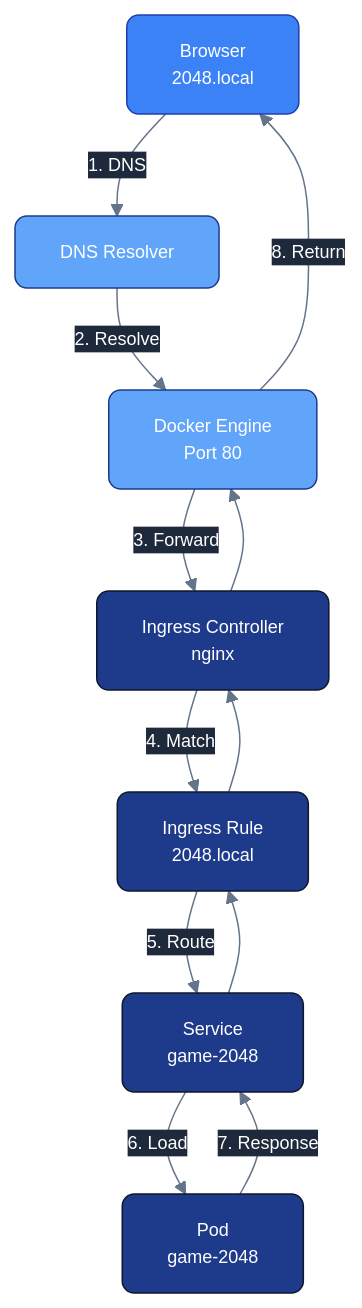
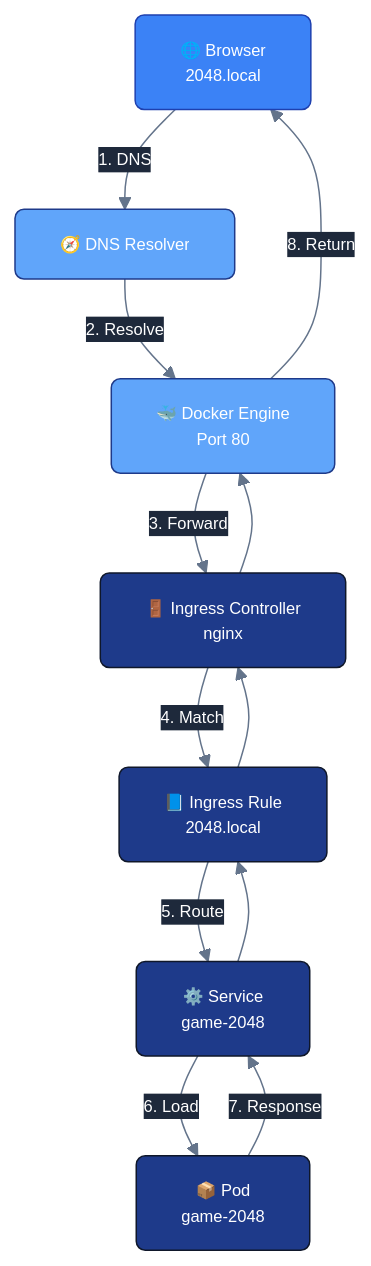
The second of 2 diagrams in README.md (kadirariklar/game-2048-for-k8s), drawn with Mermaid before and after one commit.

Commit message:
Edited mermaid diagrams.

````diff
--- a/README.md
+++ b/README.md
@@ -562,43 +562,43 @@
 ```mermaid
 %%{init: {
   "theme": "base",
   "themeVariables": {
     "primaryColor": "#2563EB",
     "primaryTextColor": "#FFFFFF",
     "primaryBorderColor": "#1E40AF",
     "clusterBkg": "#0F172A",
     "clusterBorder": "#1E293B",
     "edgeLabelBackground": "#1E293B",
     "lineColor": "#64748B",
     "fontFamily": "Inter, sans-serif",
-    "fontSize": "12px"
+    "fontSize": "11px"
   }
 }}%%
 flowchart TD
-    Browser["Browser<br/>2048.local"]:::client
-    DNS["DNS Resolver"]:::infra
-    Docker["Docker Engine<br/>Port 80"]:::infra
-    Ingress["Ingress Controller<br/>nginx"]:::k8s
-    Rule["Ingress Rule<br/>2048.local"]:::k8s
-    Service["Service<br/>game-2048"]:::k8s
-    Pod["Pod<br/>game-2048"]:::k8s
+    Browser["🌐 Browser<br/>2048.local"]:::client
+    DNS["🧭 DNS Resolver"]:::infra
+    Docker["🐳 Docker Engine<br/>Port 80"]:::infra
+    Ingress["🚪 Ingress Controller<br/>nginx"]:::k8s
+    Rule["📘 Ingress Rule<br/>2048.local"]:::k8s
+    Service["⚙️ Service<br/>game-2048"]:::k8s
+    Pod["📦 Pod<br/>game-2048"]:::k8s
 
     %% Vertical flow
     Browser -->|"1. DNS"| DNS
     DNS -->|"2. Resolve"| Docker
     Docker -->|"3. Forward"| Ingress
     Ingress -->|"4. Match"| Rule
     Rule -->|"5. Route"| Service
     Service -->|"6. Load"| Pod
     Pod -->|"7. Response"| Service
     Service --> Rule
     Rule --> Ingress
     Ingress --> Docker
     Docker -->|"8. Return"| Browser
 
     %% Style
-    classDef client fill:#3B82F6,stroke:#1E40AF,color:#FFFFFF,rx:8,ry:8,stroke-width:1px;
-    classDef infra fill:#60A5FA,stroke:#1E3A8A,color:#FFFFFF,rx:8,ry:8,stroke-width:1px;
-    classDef k8s fill:#1E3A8A,stroke:#0F172A,color:#FFFFFF,rx:8,ry:8,stroke-width:1px;
+    classDef client fill:#3B82F6,stroke:#1E40AF,color:#FFFFFF,rx:6,ry:6,stroke-width:1px;
+    classDef infra fill:#60A5FA,stroke:#1E3A8A,color:#FFFFFF,rx:6,ry:6,stroke-width:1px;
+    classDef k8s fill:#1E3A8A,stroke:#0F172A,color:#FFFFFF,rx:6,ry:6,stroke-width:1px;
 
 ```
````
